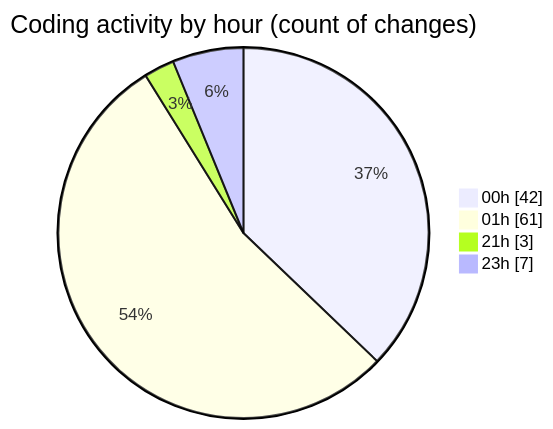
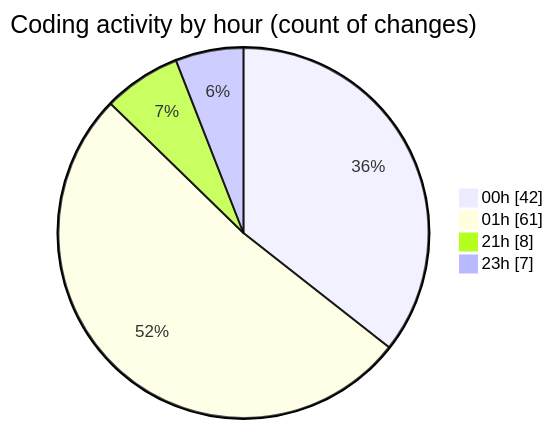
One commit to lephambinh05/code-tracking changed the second of 2 diagrams in 2025-08-12/rentotp/README.md. Above: the diagram before and after it, drawn with Mermaid. The commit also changed other lines of this file and 1 other file, not shown here.

````diff
--- a/2025-08-12/rentotp/README.md
+++ b/2025-08-12/rentotp/README.md
@@ -47,8 +50,8 @@
 ```mermaid
 pie showData
 title Coding activity by hour (count of changes)
 "00h" : 42
 "01h" : 61
-"21h" : 3
+"21h" : 8
 "23h" : 7
 ```
````
